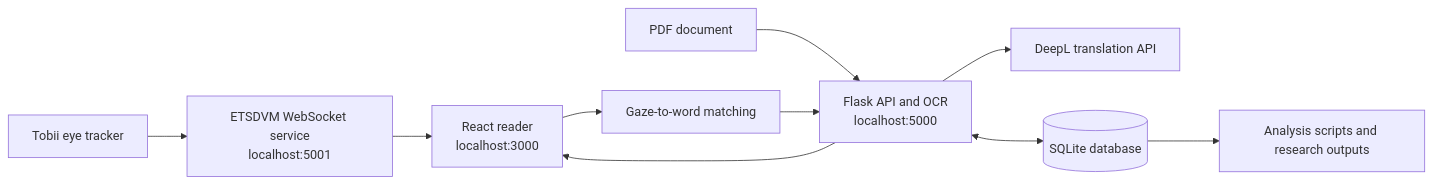
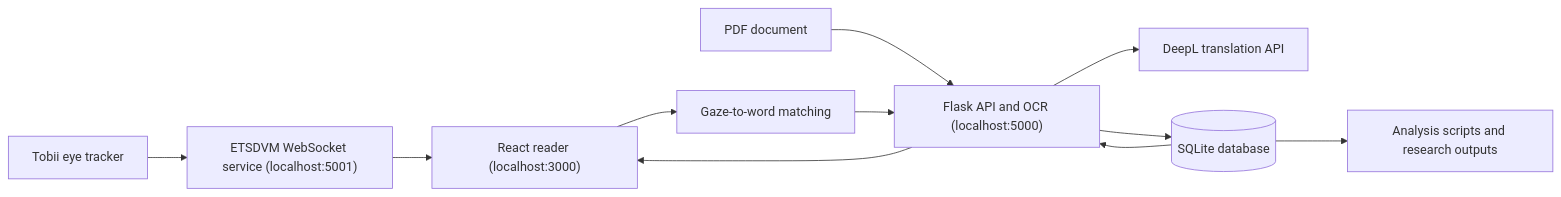
One commit to AtaQou/ETS changed the diagram in README.md. Above: the diagram before and after it, drawn with Mermaid.

Commit message:
Fix README Mermaid diagram labels

````diff
--- a/README.md
+++ b/README.md
@@ -21,12 +21,13 @@
 ```mermaid
 flowchart LR
-    A[Tobii eye tracker] --> B[ETSDVM WebSocket service<br/>localhost:5001]
-    B --> C[React reader<br/>localhost:3000]
-    D[PDF document] --> E[Flask API and OCR<br/>localhost:5000]
+    A[Tobii eye tracker] --> B["ETSDVM WebSocket service (localhost:5001)"]
+    B --> C["React reader (localhost:3000)"]
+    D[PDF document] --> E["Flask API and OCR (localhost:5000)"]
     E --> C
     C --> F[Gaze-to-word matching]
     F --> E
     E --> G[DeepL translation API]
-    E <--> H[(SQLite database)]
+    E --> H[(SQLite database)]
+    H --> E
     H --> I[Analysis scripts and research outputs]
 ```
````
